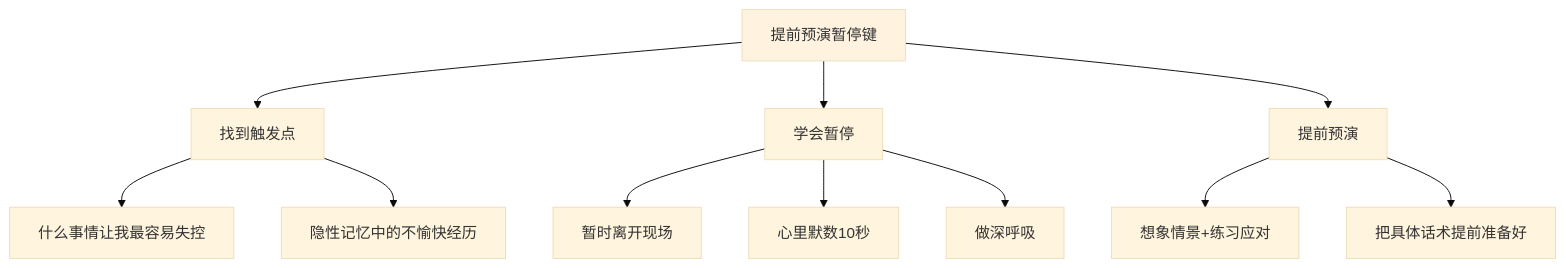
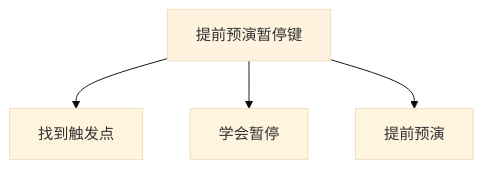
The sixth of 10 diagrams in 10.打工充平常记录/10.自我精进七课/07.底层思维的训练/7.7情商能力的学习.md (chongyang211/YCBookBlog), drawn with Mermaid (base theme) before and after one commit. The commit also changed other lines of this file and 55 other files, not shown here.

````diff
--- a/10.打工充平常记录/10.自我精进七课/07.底层思维的训练/7.7情商能力的学习.md
+++ b/10.打工充平常记录/10.自我精进七课/07.底层思维的训练/7.7情商能力的学习.md
@@ -249,14 +224,7 @@
 ```mermaid
 graph TD
     A[提前预演暂停键] --> B[找到触发点]
     A --> C[学会暂停]
     A --> D[提前预演]
-    B --> B1[什么事情让我最容易失控]
-    B --> B2[隐性记忆中的不愉快经历]
-    C --> C1[暂时离开现场]
-    C --> C2[心里默数10秒]
-    C --> C3[做深呼吸]
-    D --> D1[想象情景+练习应对]
-    D --> D2[把具体话术提前准备好]
     style A fill:#fff3e0
 ```
````
